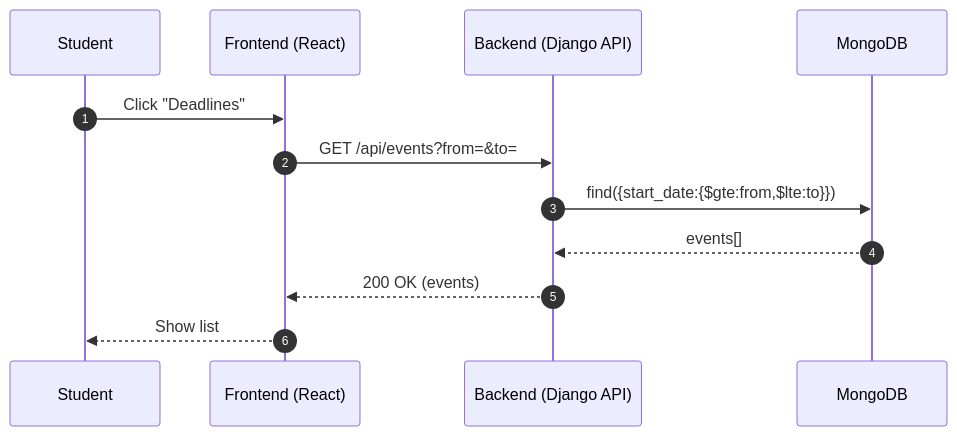
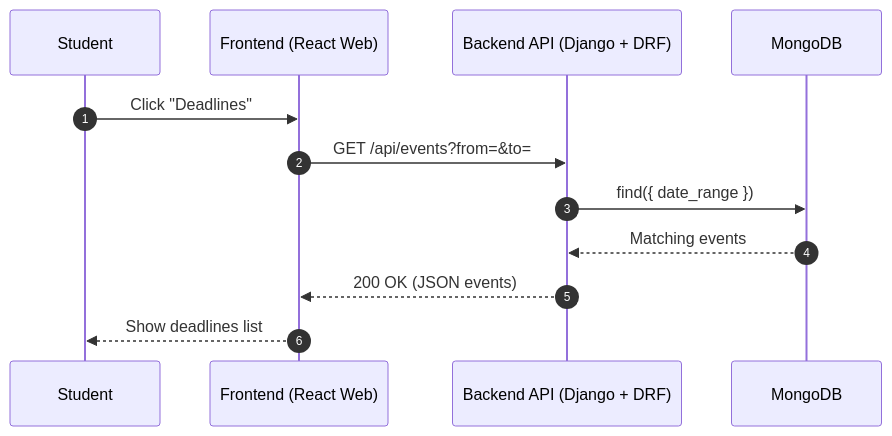
Before and after one commit to M0simi/portfolio: the fourth of 4 diagrams in Stage3.md, drawn with Mermaid. The commit also changed other lines of this file, not shown here.

````diff
--- a/Stage3.md
+++ b/Stage3.md
@@ -172,15 +210,15 @@
 ```mermaid
 sequenceDiagram
   autonumber
   participant Student
-  participant FE as Frontend (React)
-  participant BE as Backend (Django API)
+  participant Frontend as Frontend (React Web)
+  participant Backend as Backend API (Django + DRF)
   participant DB as MongoDB
 
-  Student->>FE: Click "Deadlines"
-  FE->>BE: GET /api/events?from=&to=
-  BE->>DB: find({start_date:{$gte:from,$lte:to}})
-  DB-->>BE: events[]
-  BE-->>FE: 200 OK (events)
-  FE-->>Student: Show list
+  Student->>Frontend: Click "Deadlines"
+  Frontend->>Backend: GET /api/events?from=&to=
+  Backend->>DB: find({ date_range })
+  DB-->>Backend: Matching events
+  Backend-->>Frontend: 200 OK (JSON events)
+  Frontend-->>Student: Show deadlines list
 ```
````
